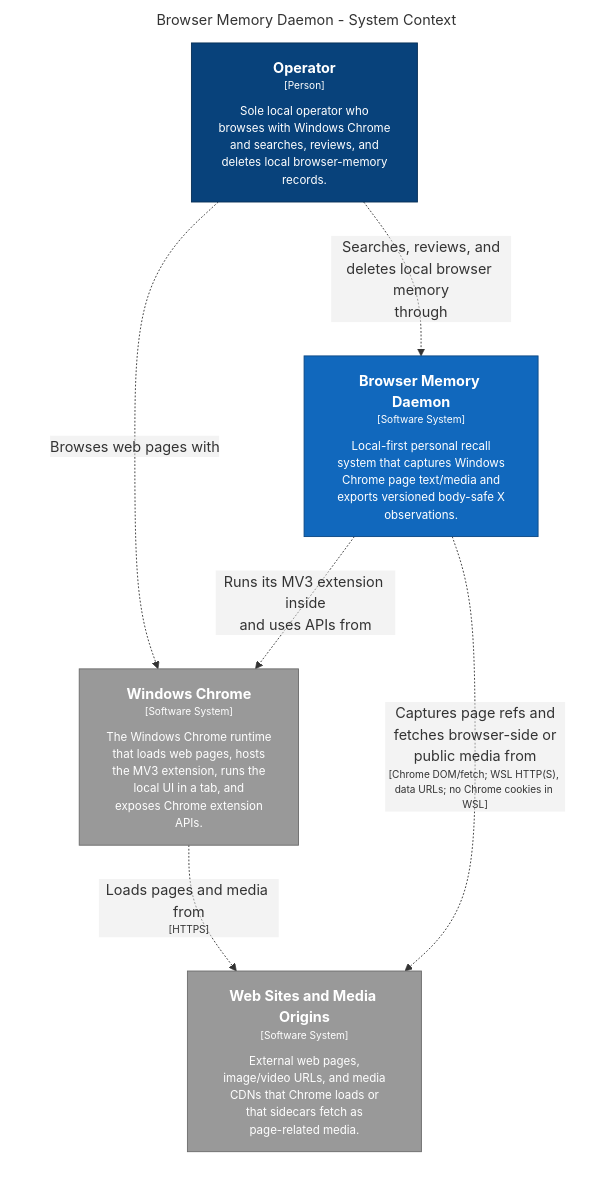
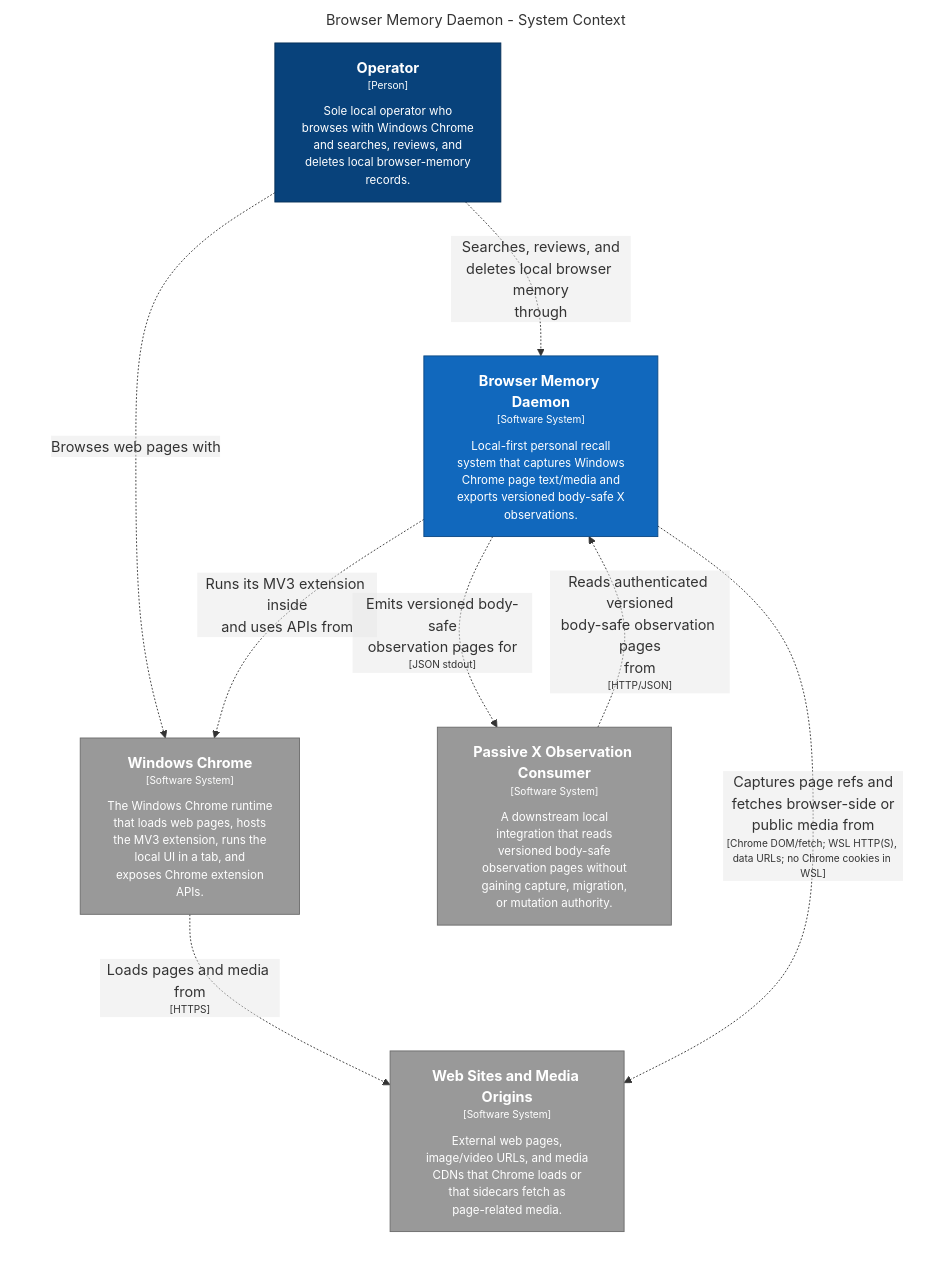
One commit to michaelnicks0/browser-memory-daemon changed the diagram in docs/architecture/diagrams/markdown/SystemContext.md. Above: the diagram before and after it, drawn with Mermaid. The commit also changed 269 other files, not shown here.

Commit message:
docs: reconcile late architecture audit findings

````diff
--- a/docs/architecture/diagrams/markdown/SystemContext.md
+++ b/docs/architecture/diagrams/markdown/SystemContext.md
@@ -16,23 +16,27 @@
 ```mermaid
 graph LR
   linkStyle default fill:#ffffff
 
   subgraph diagram ["Browser Memory Daemon - System Context"]
     style diagram fill:#ffffff,stroke:#ffffff
 
     1["<div style='font-weight: bold'>Operator</div><div style='font-size: 70%; margin-top: 0px'>[Person]</div><div style='font-size: 80%; margin-top:10px'>Sole local operator who<br />browses with Windows Chrome<br />and searches, reviews, and<br />deletes local browser-memory<br />records.</div>"]
     style 1 fill:#08427b,stroke:#052e56,color:#ffffff
     2["<div style='font-weight: bold'>Windows Chrome</div><div style='font-size: 70%; margin-top: 0px'>[Software System]</div><div style='font-size: 80%; margin-top:10px'>The Windows Chrome runtime<br />that loads web pages, hosts<br />the MV3 extension, runs the<br />local UI in a tab, and<br />exposes Chrome extension<br />APIs.</div>"]
     style 2 fill:#999999,stroke:#6b6b6b,color:#ffffff
     3["<div style='font-weight: bold'>Web Sites and Media Origins</div><div style='font-size: 70%; margin-top: 0px'>[Software System]</div><div style='font-size: 80%; margin-top:10px'>External web pages,<br />image/video URLs, and media<br />CDNs that Chrome loads or<br />that sidecars fetch as<br />page-related media.</div>"]
     style 3 fill:#999999,stroke:#6b6b6b,color:#ffffff
-    4["<div style='font-weight: bold'>Browser Memory Daemon</div><div style='font-size: 70%; margin-top: 0px'>[Software System]</div><div style='font-size: 80%; margin-top:10px'>Local-first personal recall<br />system that captures Windows<br />Chrome page text/media and<br />exports versioned body-safe X<br />observations.</div>"]
-    style 4 fill:#1168bd,stroke:#0b4884,color:#ffffff
+    4["<div style='font-weight: bold'>Passive X Observation Consumer</div><div style='font-size: 70%; margin-top: 0px'>[Software System]</div><div style='font-size: 80%; margin-top:10px'>A downstream local<br />integration that reads<br />versioned body-safe<br />observation pages without<br />gaining capture, migration,<br />or mutation authority.</div>"]
+    style 4 fill:#999999,stroke:#6b6b6b,color:#ffffff
+    5["<div style='font-weight: bold'>Browser Memory Daemon</div><div style='font-size: 70%; margin-top: 0px'>[Software System]</div><div style='font-size: 80%; margin-top:10px'>Local-first personal recall<br />system that captures Windows<br />Chrome page text/media and<br />exports versioned body-safe X<br />observations.</div>"]
+    style 5 fill:#1168bd,stroke:#0b4884,color:#ffffff
 
     1-. "<div>Browses web pages with</div><div style='font-size: 70%'></div>" .->2
-    1-. "<div>Searches, reviews, and<br />deletes local browser memory<br />through</div><div style='font-size: 70%'></div>" .->4
+    1-. "<div>Searches, reviews, and<br />deletes local browser memory<br />through</div><div style='font-size: 70%'></div>" .->5
     2-. "<div>Loads pages and media from</div><div style='font-size: 70%'>[HTTPS]</div>" .->3
-    4-. "<div>Runs its MV3 extension inside<br />and uses APIs from</div><div style='font-size: 70%'></div>" .->2
-    4-. "<div>Captures page refs and<br />fetches browser-side or<br />public media from</div><div style='font-size: 70%'>[Chrome DOM/fetch; WSL HTTP(S), data URLs; no Chrome cookies in WSL]</div>" .->3
+    4-. "<div>Reads authenticated versioned<br />body-safe observation pages<br />from</div><div style='font-size: 70%'>[HTTP/JSON]</div>" .->5
+    5-. "<div>Runs its MV3 extension inside<br />and uses APIs from</div><div style='font-size: 70%'></div>" .->2
+    5-. "<div>Captures page refs and<br />fetches browser-side or<br />public media from</div><div style='font-size: 70%'>[Chrome DOM/fetch; WSL HTTP(S), data URLs; no Chrome cookies in WSL]</div>" .->3
+    5-. "<div>Emits versioned body-safe<br />observation pages for</div><div style='font-size: 70%'>[JSON stdout]</div>" .->4
   end
 ```
````
